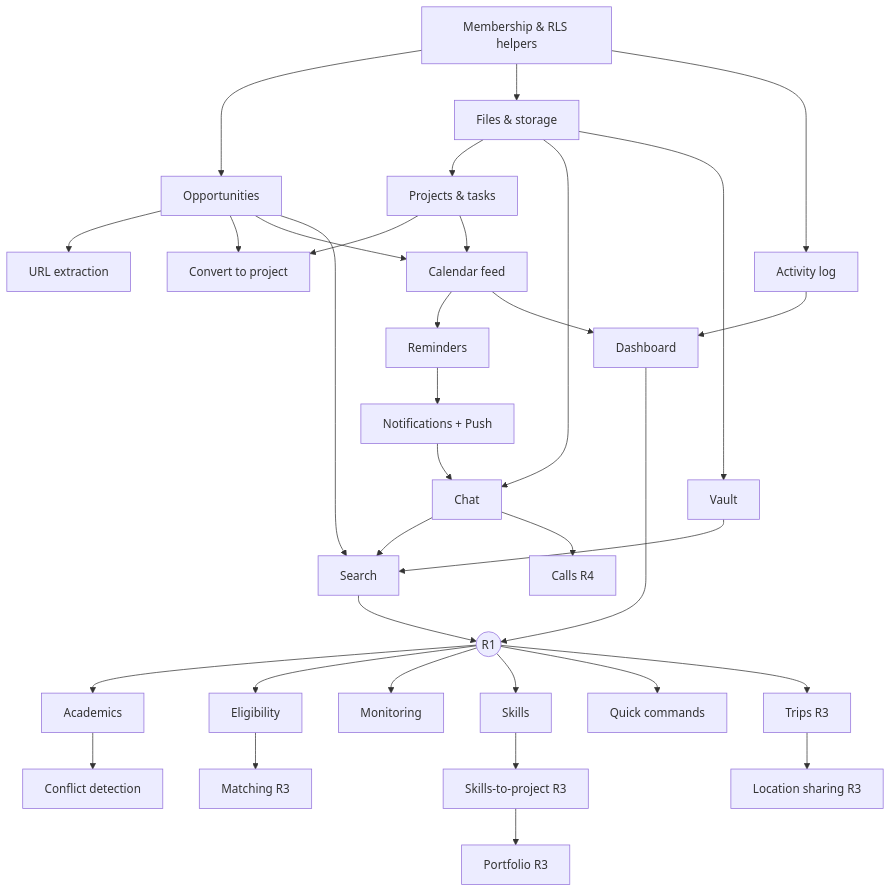
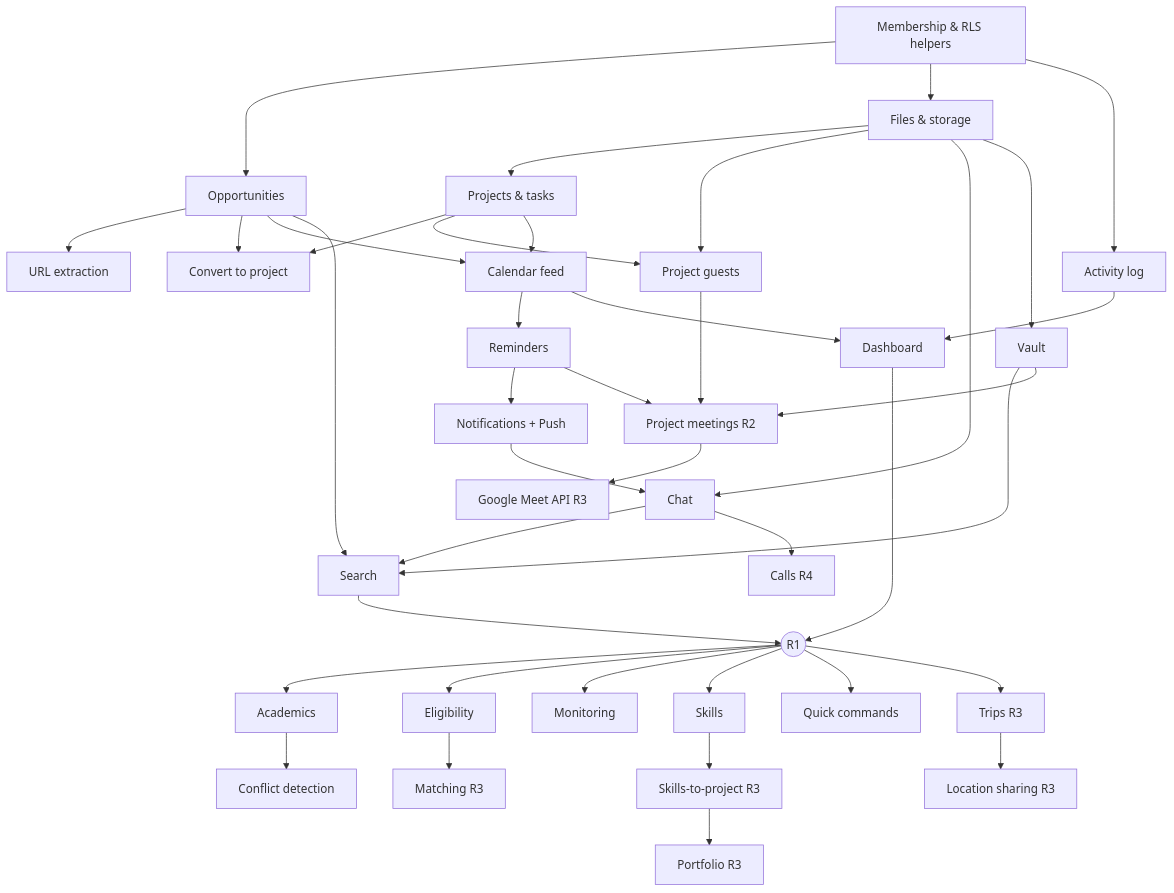
The third of 5 diagrams in docs/specs/03_impl.md (iwan-adler/luna-space), drawn with Mermaid before and after one commit. The commit also changed other lines of this file and 7 other files, not shown here.

First line of the commit message:
docs: project guest access and Google Meet meetings (specs v1.1) (#7)

````diff
--- a/docs/specs/03_impl.md
+++ b/docs/specs/03_impl.md
@@ -366,31 +401,37 @@
 ```mermaid
 flowchart TD
   M[Membership & RLS helpers] --> OPP[Opportunities]
   M --> FILES[Files & storage]
   M --> ACT[Activity log]
   OPP --> EXT[URL extraction]
   OPP --> CONV[Convert to project]
   FILES --> PRJ[Projects & tasks]
   PRJ --> CONV
+  PRJ --> GUEST[Project guests]
+  FILES --> GUEST
   OPP --> FEED[Calendar feed]
   PRJ --> FEED
   FEED --> REM[Reminders]
   REM --> NOTIF[Notifications + Push]
   FILES --> CHAT[Chat]
   NOTIF --> CHAT
   FILES --> VAULT[Vault]
   CHAT --> SEARCH[Search]
   VAULT --> SEARCH
   OPP --> SEARCH
   ACT --> DASH[Dashboard]
   FEED --> DASH
   SEARCH --> R1((R1))
   DASH --> R1
   R1 --> ACAD[Academics] --> CONFL[Conflict detection]
   R1 --> ELIG[Eligibility] --> MATCH[Matching R3]
   R1 --> MON[Monitoring]
   R1 --> SKILL[Skills] --> PMAP[Skills-to-project R3] --> PORT[Portfolio R3]
   R1 --> CMD[Quick commands]
   R1 --> TRIP[Trips R3] --> LOC[Location sharing R3]
   CHAT --> CALLS[Calls R4]
+  GUEST --> MEET[Project meetings R2]
+  REM --> MEET
+  VAULT --> MEET
+  MEET --> GMEET[Google Meet API R3]
 ```
````
